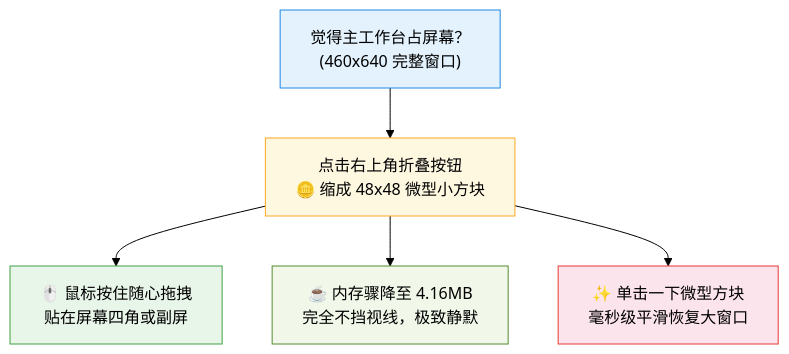
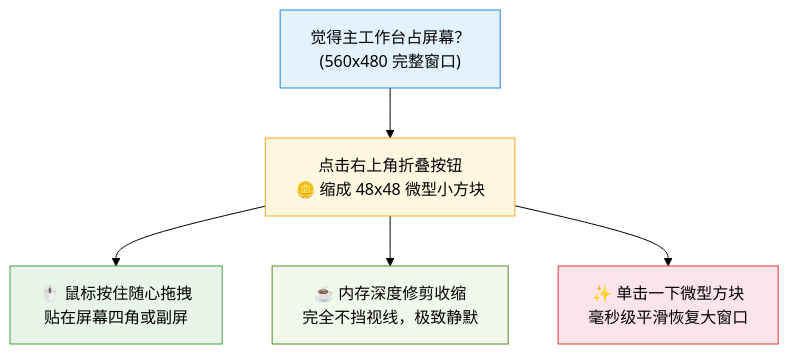
One commit to CatBoss-Paw/EasyClipboard changed the seventh of 8 diagrams in README.md. Above: the diagram before and after it, drawn with Mermaid (forest theme). The commit also changed other lines of this file and 4 other files, not shown here.

````diff
--- a/README.md
+++ b/README.md
@@ -208,13 +214,13 @@
 ```mermaid
 graph TD
-    A["觉得主工作台占屏幕？<br/>(460x640 完整窗口)"] --> B["点击右上角折叠按钮<br/>🪙 缩成 48x48 微型小方块"]
+    A["觉得主工作台占屏幕？<br/>(560x480 完整窗口)"] --> B["点击右上角折叠按钮<br/>🪙 缩成 48x48 微型小方块"]
     B --> C["🖱️ 鼠标按住随心拖拽<br/>贴在屏幕四角或副屏"]
-    B --> D["☕ 内存骤降至 4.16MB<br/>完全不挡视线，极致静默"]
+    B --> D["☕ 内存深度修剪收缩<br/>完全不挡视线，极致静默"]
     B --> E["✨ 单击一下微型方块<br/>毫秒级平滑恢复大窗口"]
 
     style A fill:#e3f2fd,stroke:#1e88e5,color:#000
     style B fill:#fff8e1,stroke:#f9a825,color:#000
     style C fill:#e8f5e9,stroke:#43a047,color:#000
     style D fill:#f1f8e9,stroke:#558b2f,color:#000
     style E fill:#fce4ec,stroke:#e53935,color:#000
 ```
````
